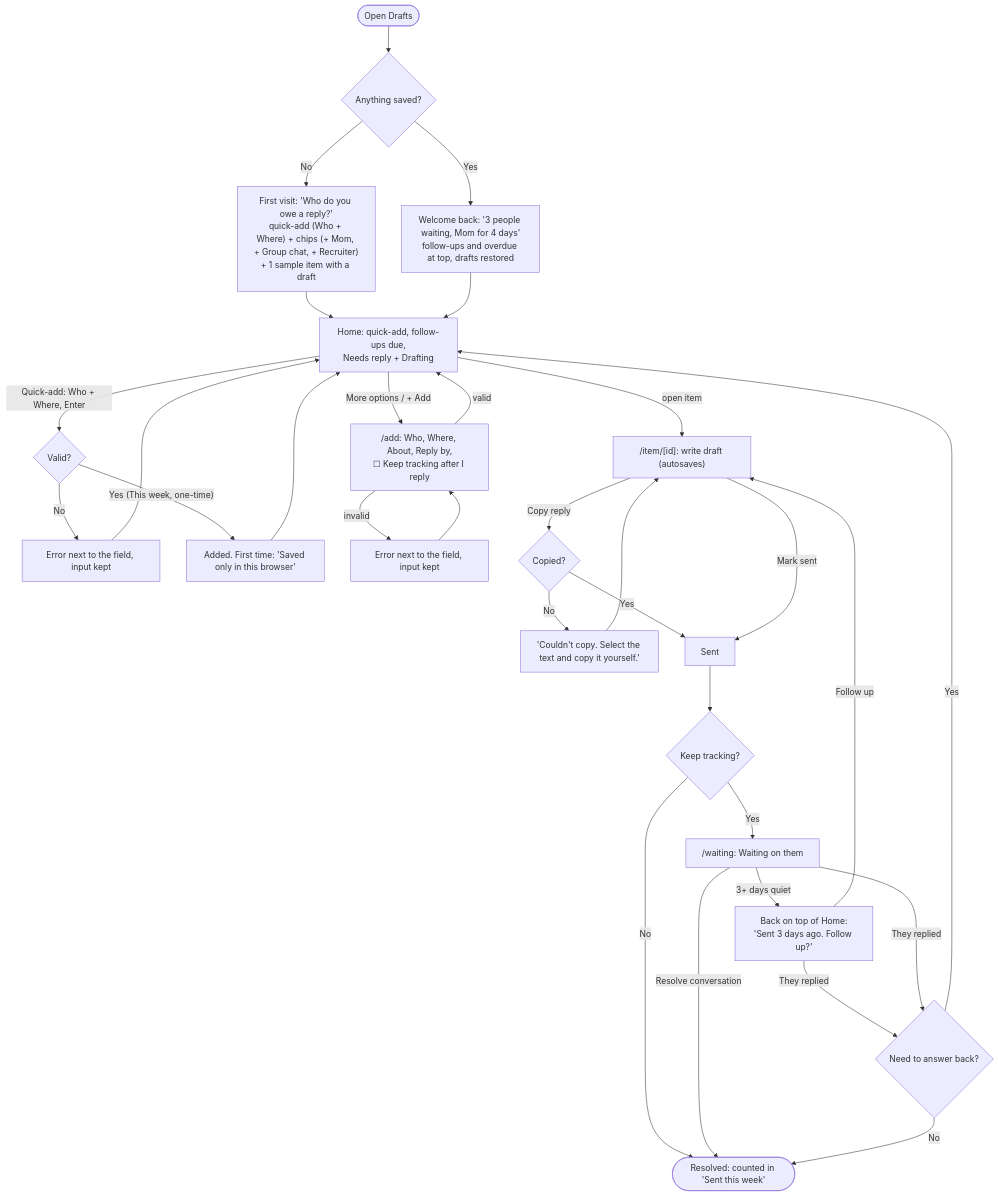
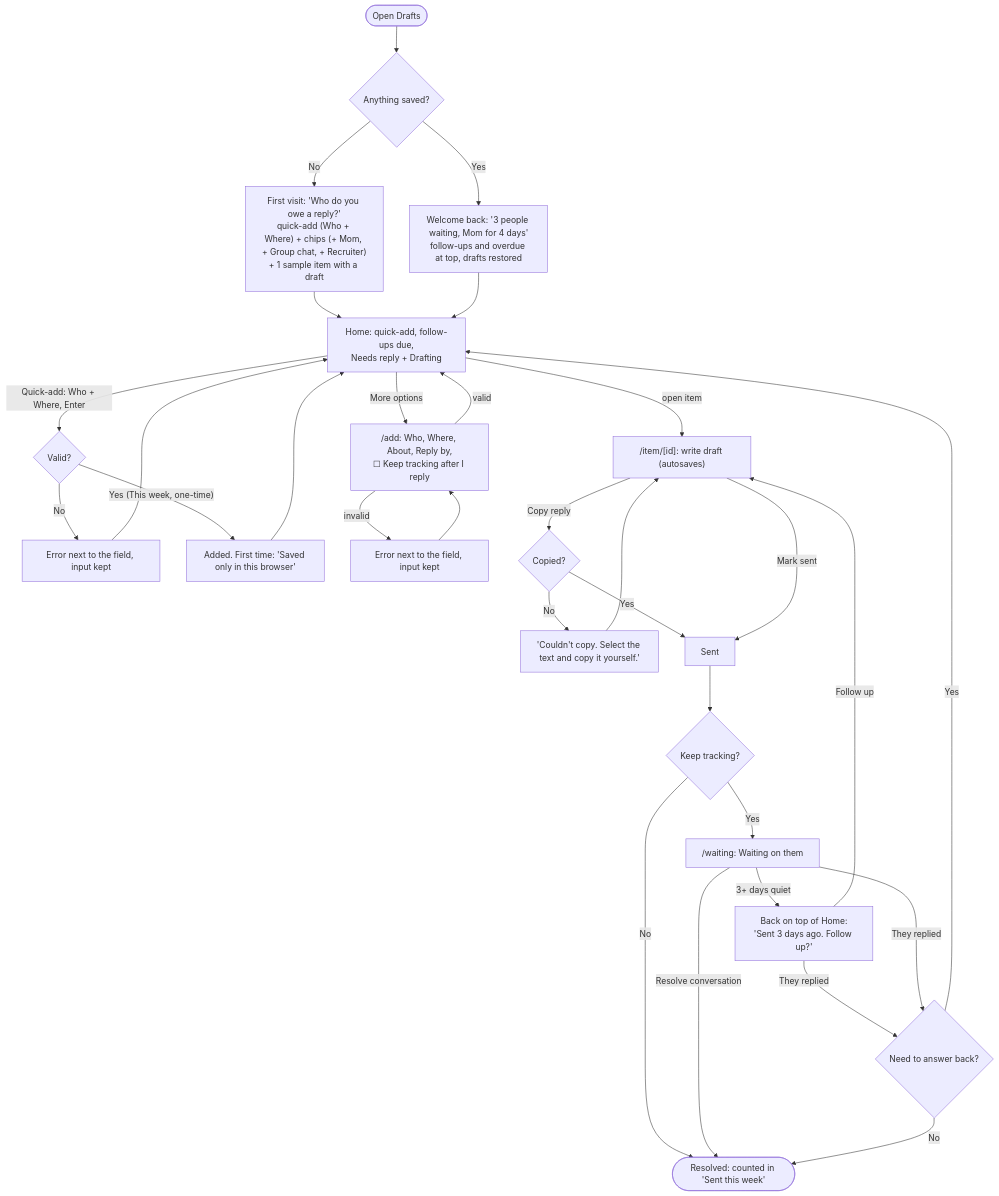
The diagram in README.md (jdaguas/dbs-w3), drawn with Mermaid before and after one commit. The commit also changed 8 other files, not shown here.

````diff
--- a/README.md
+++ b/README.md
@@ -18,31 +18,31 @@
 ```mermaid
 flowchart TD
   Open([Open Drafts]) --> Saved{Anything saved?}
   Saved -- No --> First["First visit: 'Who do you owe a reply?'<br/>quick-add (Who + Where) + chips (+ Mom, + Group chat, + Recruiter)<br/>+ 1 sample item with a draft"]
   Saved -- Yes --> Back["Welcome back: '3 people waiting, Mom for 4 days'<br/>follow-ups and overdue at top, drafts restored"]
   First --> List
   Back --> List
 
   List["Home: quick-add, follow-ups due,<br/>Needs reply + Drafting"] -- "Quick-add: Who + Where, Enter" --> QCheck{Valid?}
   QCheck -- No --> QErr["Error next to the field, input kept"] --> List
   QCheck -- "Yes (This week, one-time)" --> Toast["Added. First time: 'Saved only in this browser'"] --> List
-  List -- "More options / + Add" --> Form["/add: Who, Where, About, Reply by,<br/>☐ Keep tracking after I reply"]
+  List -- "More options" --> Form["/add: Who, Where, About, Reply by,<br/>☐ Keep tracking after I reply"]
   Form -- invalid --> Err["Error next to the field, input kept"] --> Form
   Form -- valid --> List
 
   List -- open item --> Item["/item/[id]: write draft (autosaves)"]
   Item -- Copy reply --> Copied{Copied?}
   Copied -- No --> CopyErr["'Couldn't copy. Select the text and copy it yourself.'"] --> Item
   Copied -- Yes --> Sent
   Item -- Mark sent --> Sent["Sent"]
   Sent --> Kind{Keep tracking?}
   Kind -- No --> Done([Resolved: counted in 'Sent this week'])
   Kind -- Yes --> Waiting["/waiting: Waiting on them"]
   Waiting -- Resolve conversation --> Done
   Waiting -- "3+ days quiet" --> Nudge["Back on top of Home:<br/>'Sent 3 days ago. Follow up?'"]
   Nudge -- Follow up --> Item
   Nudge -- They replied --> Reply{Need to answer back?}
   Waiting -- They replied --> Reply
   Reply -- Yes --> List
   Reply -- No --> Done
 ```
````
